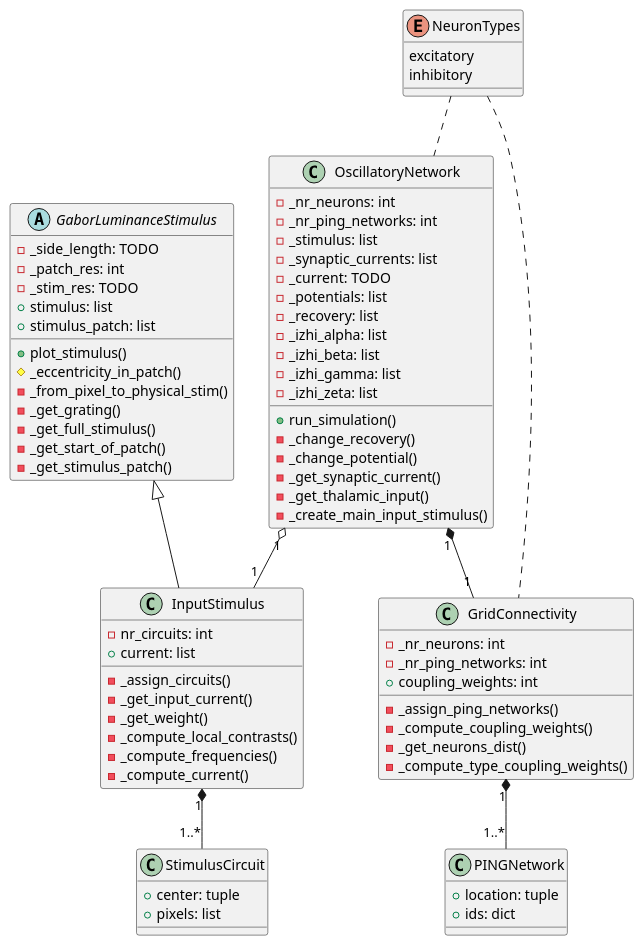
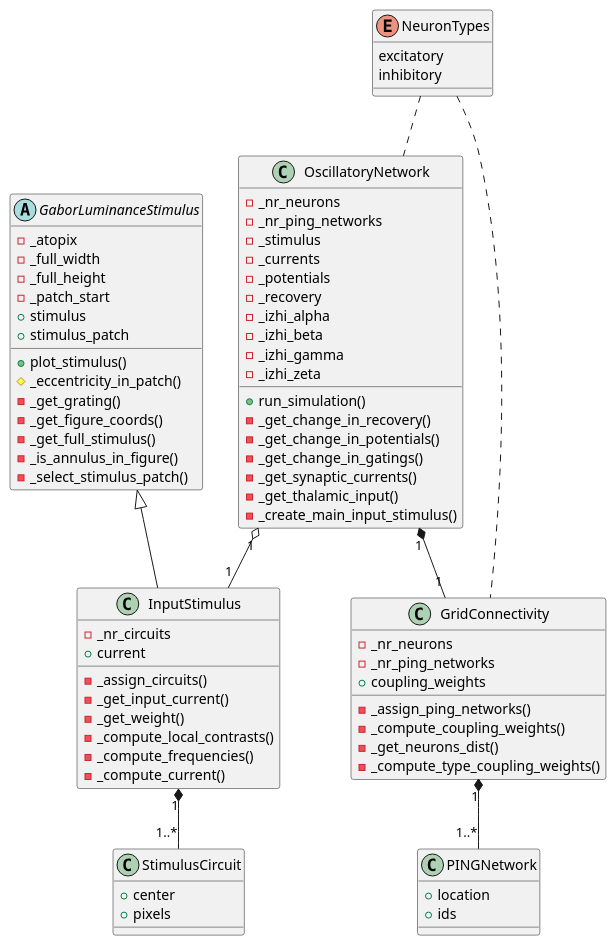
The diagram in docs/source/class-diagram.rst (thatmariia/grid-ping), drawn with PlantUML before and after one commit. The commit also changed 31 other files, not shown here.

Commit message:
updates for diagram

```diff
--- a/docs/source/class-diagram.rst
+++ b/docs/source/class-diagram.rst
@@ -11,13 +11,13 @@
     }
 
     class StimulusCircuit {
-      +center: tuple
-      +pixels: list
+      +center
+      +pixels
     }
 
     class InputStimulus {
-      -nr_circuits: int
-      +current: list
+      -_nr_circuits
+      +current
 
       -_assign_circuits()
       -_get_input_current()
@@ -28,51 +28,52 @@
     }
 
     abstract class GaborLuminanceStimulus {
-      -_side_length: TODO
-      -_patch_res: int
-      -_stim_res: TODO
-      +stimulus: list
-      +stimulus_patch: list
+      -_atopix
+      -_full_width
+      -_full_height
+      -_patch_start
+      +stimulus
+      +stimulus_patch
 
       +plot_stimulus()
       #_eccentricity_in_patch()
-      -_from_pixel_to_physical_stim()
       -_get_grating()
+      -_get_figure_coords()
       -_get_full_stimulus()
-      -_get_start_of_patch()
-      -_get_stimulus_patch()
+      -_is_annulus_in_figure()
+      -_select_stimulus_patch()
     }
 
     class OscillatoryNetwork {
-      -_nr_neurons: int
-      -_nr_ping_networks: int
-      -_stimulus: list
-      -_synaptic_currents: list
-      -_current: TODO
-      -_potentials: list
-      -_recovery: list
-      -_izhi_alpha: list
-      -_izhi_beta: list
-      -_izhi_gamma: list
-      -_izhi_zeta: list
+      -_nr_neurons
+      -_nr_ping_networks
+      -_stimulus
+      -_currents
+      -_potentials
+      -_recovery
+      -_izhi_alpha
+      -_izhi_beta
+      -_izhi_gamma
+      -_izhi_zeta
 
       +run_simulation()
-      -_change_recovery()
-      -_change_potential()
-      -_get_synaptic_current()
+      -_get_change_in_recovery()
+      -_get_change_in_potentials()
+      -_get_change_in_gatings()
+      -_get_synaptic_currents()
       -_get_thalamic_input()
       -_create_main_input_stimulus()
     }
 
     class PINGNetwork {
-      +location: tuple
-      +ids: dict
+      +location
+      +ids
     }
 
     class GridConnectivity {
-      -_nr_neurons: int
-      -_nr_ping_networks: int
-      +coupling_weights: int
+      -_nr_neurons
+      -_nr_ping_networks
+      +coupling_weights
 
       -_assign_ping_networks()
       -_compute_coupling_weights()
```
